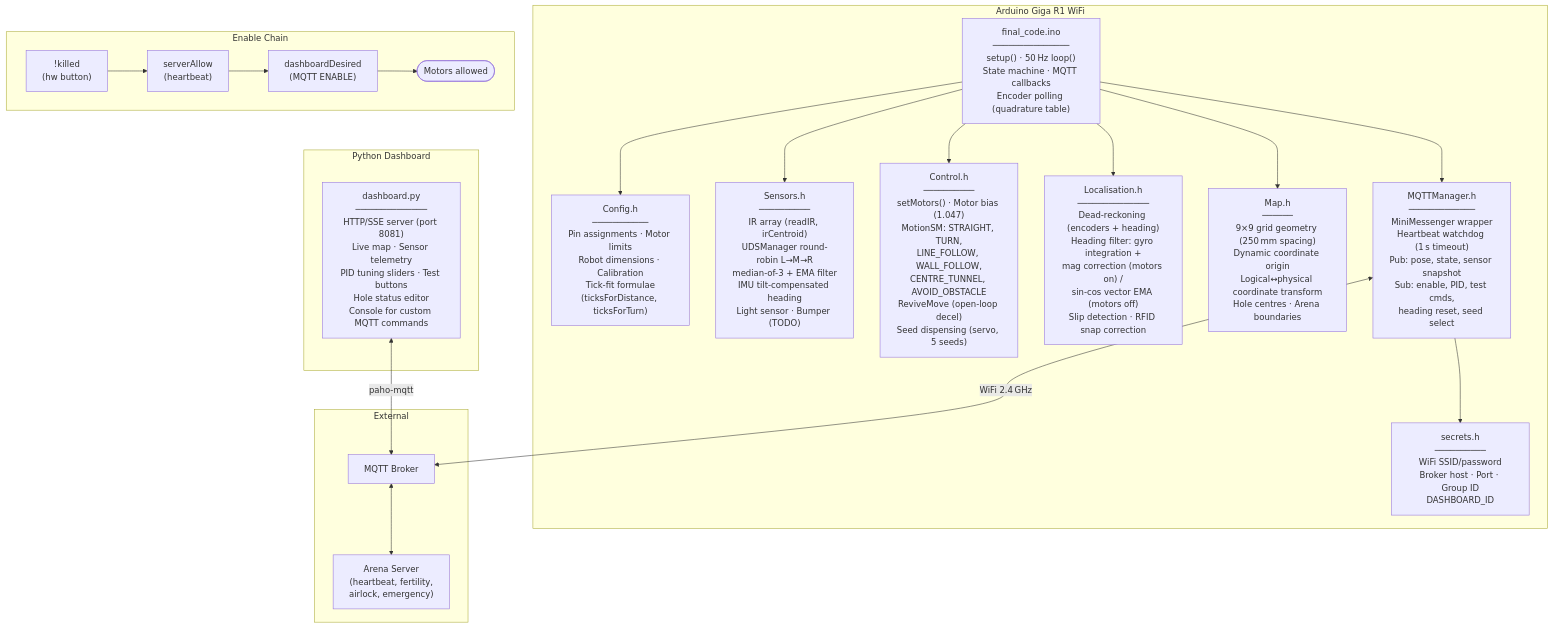
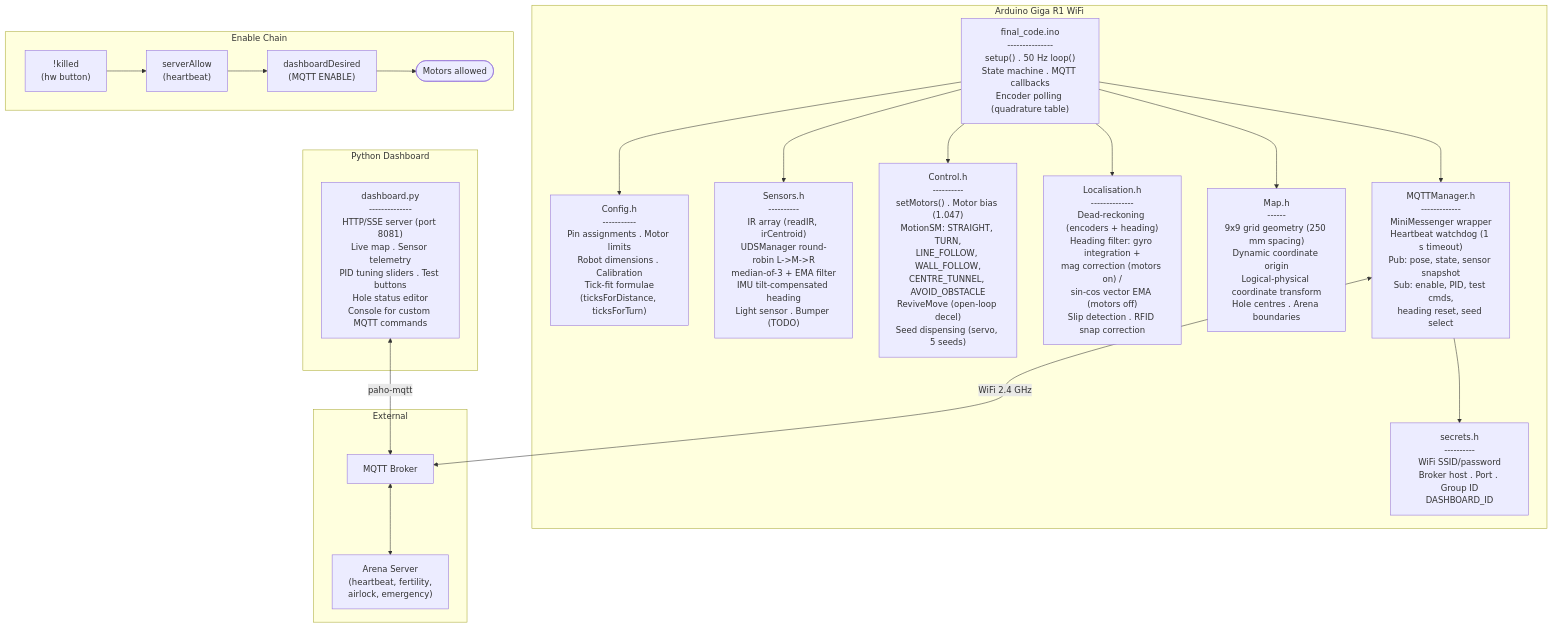
Before and after one commit to rahrah456/Term-3-Martian-Robotics-Project: the first of 9 diagrams in README.md, drawn with Mermaid. The commit also changed other lines of this file, not shown here.

Commit message:
README: remove emojis, add calibration section with images, leave as TODO

````diff
--- a/README.md
+++ b/README.md
@@ -132,48 +131,48 @@
 ```mermaid
 graph TB
     subgraph "Arduino Giga R1 WiFi"
-        INO["final_code.ino<br/>───────────────<br/>setup() · 50 Hz loop()<br/>State machine · MQTT callbacks<br/>Encoder polling (quadrature table)"]
+        INO["final_code.ino<br/>---------------<br/>setup() . 50 Hz loop()<br/>State machine . MQTT callbacks<br/>Encoder polling (quadrature table)"]
 
-        CFG["Config.h<br/>───────────<br/>Pin assignments · Motor limits<br/>Robot dimensions · Calibration<br/>Tick-fit formulae<br/>(ticksForDistance, ticksForTurn)"]
+        CFG["Config.h<br/>-----------<br/>Pin assignments . Motor limits<br/>Robot dimensions . Calibration<br/>Tick-fit formulae<br/>(ticksForDistance, ticksForTurn)"]
 
-        SEN["Sensors.h<br/>──────────<br/>IR array (readIR, irCentroid)<br/>UDSManager round-robin L→M→R<br/>median-of-3 + EMA filter<br/>IMU tilt-compensated heading<br/>Light sensor · Bumper (TODO)"]
+        SEN["Sensors.h<br/>----------<br/>IR array (readIR, irCentroid)<br/>UDSManager round-robin L->M->R<br/>median-of-3 + EMA filter<br/>IMU tilt-compensated heading<br/>Light sensor . Bumper (TODO)"]
 
-        CTL["Control.h<br/>──────────<br/>setMotors() · Motor bias (1.047)<br/>MotionSM: STRAIGHT, TURN,<br/>LINE_FOLLOW, WALL_FOLLOW,<br/>CENTRE_TUNNEL, AVOID_OBSTACLE<br/>ReviveMove (open-loop decel)<br/>Seed dispensing (servo, 5 seeds)"]
+        CTL["Control.h<br/>----------<br/>setMotors() . Motor bias (1.047)<br/>MotionSM: STRAIGHT, TURN,<br/>LINE_FOLLOW, WALL_FOLLOW,<br/>CENTRE_TUNNEL, AVOID_OBSTACLE<br/>ReviveMove (open-loop decel)<br/>Seed dispensing (servo, 5 seeds)"]
 
-        LOC["Localisation.h<br/>──────────────<br/>Dead-reckoning (encoders + heading)<br/>Heading filter: gyro integration +<br/>mag correction (motors on) /<br/>sin-cos vector EMA (motors off)<br/>Slip detection · RFID snap correction"]
+        LOC["Localisation.h<br/>--------------<br/>Dead-reckoning (encoders + heading)<br/>Heading filter: gyro integration +<br/>mag correction (motors on) /<br/>sin-cos vector EMA (motors off)<br/>Slip detection . RFID snap correction"]
 
-        MAP["Map.h<br/>──────<br/>9×9 grid geometry (250 mm spacing)<br/>Dynamic coordinate origin<br/>Logical↔physical coordinate transform<br/>Hole centres · Arena boundaries"]
+        MAP["Map.h<br/>------<br/>9x9 grid geometry (250 mm spacing)<br/>Dynamic coordinate origin<br/>Logical-physical coordinate transform<br/>Hole centres . Arena boundaries"]
 
-        MQT["MQTTManager.h<br/>─────────────<br/>MiniMessenger wrapper<br/>Heartbeat watchdog (1 s timeout)<br/>Pub: pose, state, sensor snapshot<br/>Sub: enable, PID, test cmds,<br/>heading reset, seed select"]
+        MQT["MQTTManager.h<br/>-------------<br/>MiniMessenger wrapper<br/>Heartbeat watchdog (1 s timeout)<br/>Pub: pose, state, sensor snapshot<br/>Sub: enable, PID, test cmds,<br/>heading reset, seed select"]
 
-        SEC["secrets.h<br/>──────────<br/>WiFi SSID/password<br/>Broker host · Port · Group ID<br/>DASHBOARD_ID"]
+        SEC["secrets.h<br/>----------<br/>WiFi SSID/password<br/>Broker host . Port . Group ID<br/>DASHBOARD_ID"]
     end
 
     subgraph "Python Dashboard"
-        DSH["dashboard.py<br/>──────────────<br/>HTTP/SSE server (port 8081)<br/>Live map · Sensor telemetry<br/>PID tuning sliders · Test buttons<br/>Hole status editor<br/>Console for custom MQTT commands"]
+        DSH["dashboard.py<br/>--------------<br/>HTTP/SSE server (port 8081)<br/>Live map . Sensor telemetry<br/>PID tuning sliders . Test buttons<br/>Hole status editor<br/>Console for custom MQTT commands"]
     end
 
     subgraph "External"
         BRK["MQTT Broker"]
         SRV["Arena Server<br/>(heartbeat, fertility,<br/>airlock, emergency)"]
     end
 
     INO --> CFG
     INO --> SEN
     INO --> CTL
     INO --> LOC
     INO --> MAP
     INO --> MQT
     MQT --> SEC
 
-    MQT <-->|"WiFi 2.4 GHz"| BRK
+    MQT <-->|"WiFi 2.4 GHz"| BRK
     DSH <-->|"paho-mqtt"| BRK
     BRK <--> SRV
 
     subgraph "Enable Chain"
         direction LR
         K["!killed<br/>(hw button)"] --> S["serverAllow<br/>(heartbeat)"]
         S --> D["dashboardDesired<br/>(MQTT ENABLE)"]
         D --> E(["Motors allowed"])
     end
 ```
````
